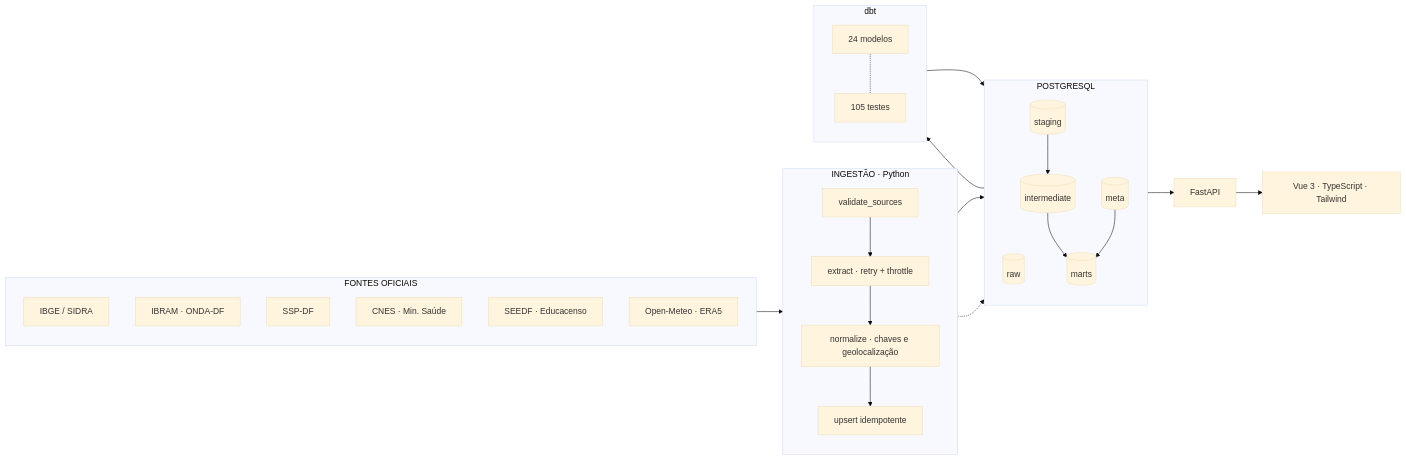
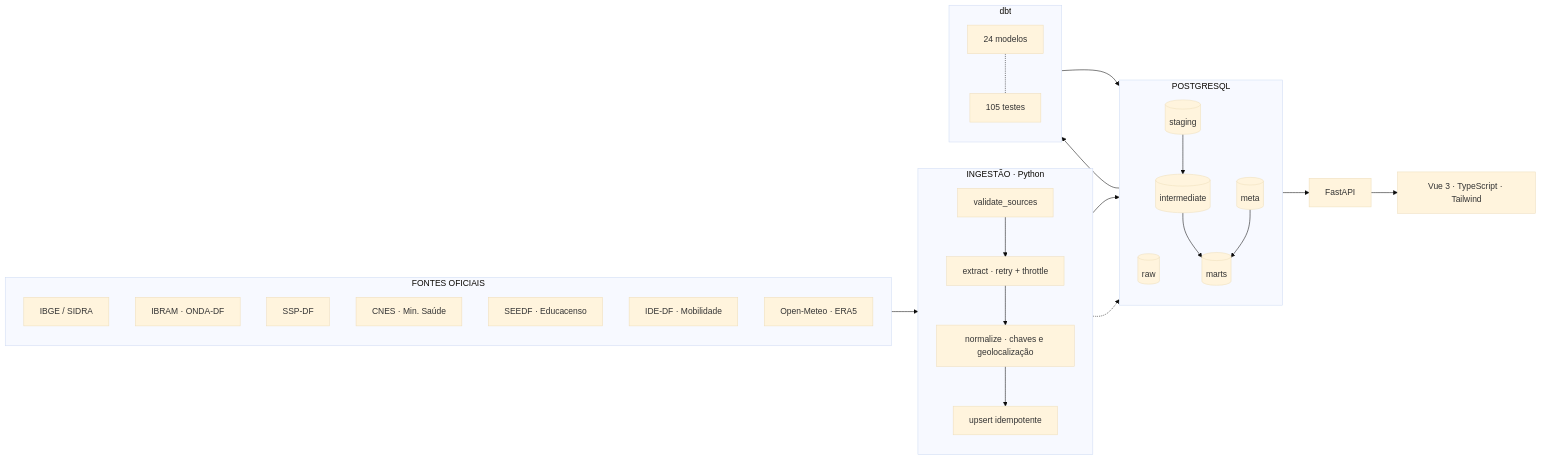
Before and after one commit to enzosouto/df-intelligence-bdi: the first of 2 diagrams in README.md, drawn with Mermaid (base theme). The commit also changed other lines of this file and 32 other files, not shown here.

First line of the commit message:
feat: domínio de mobilidade (malha cicloviária, metrô e terminais — IDE-DF)

````diff
--- a/README.md
+++ b/README.md
@@ -55,45 +55,46 @@
 ```mermaid
 flowchart LR
     subgraph F["FONTES OFICIAIS"]
         direction TB
         A1["IBGE / SIDRA"]
         A2["IBRAM · ONDA-DF"]
         A3["SSP-DF"]
         A4["CNES · Min. Saúde"]
         A6["SEEDF · Educacenso"]
+        A7["IDE-DF · Mobilidade"]
         A5["Open-Meteo · ERA5"]
     end
 
     subgraph I["INGESTÃO · Python"]
         direction TB
         B1["validate_sources"]
         B2["extract · retry + throttle"]
         B3["normalize · chaves e geolocalização"]
         B4["upsert idempotente"]
     end
 
     subgraph P["POSTGRESQL"]
         direction TB
         C1[("raw")]
         C2[("staging")]
         C3[("intermediate")]
         C4[("marts")]
         C5[("meta")]
     end
 
     subgraph D["dbt"]
         direction TB
         E1["24 modelos"]
         E2["105 testes"]
     end
 
     G["FastAPI"]
     H["Vue 3 · TypeScript · Tailwind"]
 
     F --> B1 --> B2 --> B3 --> B4 --> C1
     B4 -.-> C5
     C1 --> E1 --> C2 --> C3 --> C4
     E1 -.- E2
     C5 --> C4
     C4 --> G --> H
 ```
````
